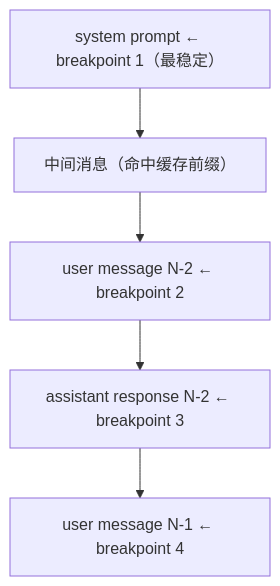
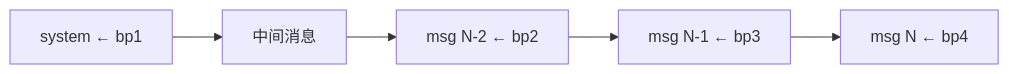
One commit to fang-lin/hermes-agent-code-analysis changed the fifth of 9 diagrams in docs/zh/02-Agent核心.md. Above: the diagram before and after it, drawn with Mermaid. The commit also changed other lines of this file and 1 other file, not shown here.

First line of the commit message:
第 02 章：所有图表 layout 紧凑化——节点文字精简，细节留给正文

````diff
--- a/docs/zh/02-Agent核心.md
+++ b/docs/zh/02-Agent核心.md
@@ -269,9 +252,4 @@
 ```mermaid
-flowchart TD
-    SP["system prompt ← breakpoint 1（最稳定）"]
-    MID["中间消息（命中缓存前缀）"]
-    UN2["user message N-2 ← breakpoint 2"]
-    AN2["assistant response N-2 ← breakpoint 3"]
-    UN1["user message N-1 ← breakpoint 4"]
-    SP --> MID --> UN2 --> AN2 --> UN1
+flowchart LR
+    SP["system ← bp1"] --> MID["中间消息"] --> UN2["msg N-2 ← bp2"] --> AN2["msg N-1 ← bp3"] --> UN1["msg N ← bp4"]
 ```
````
